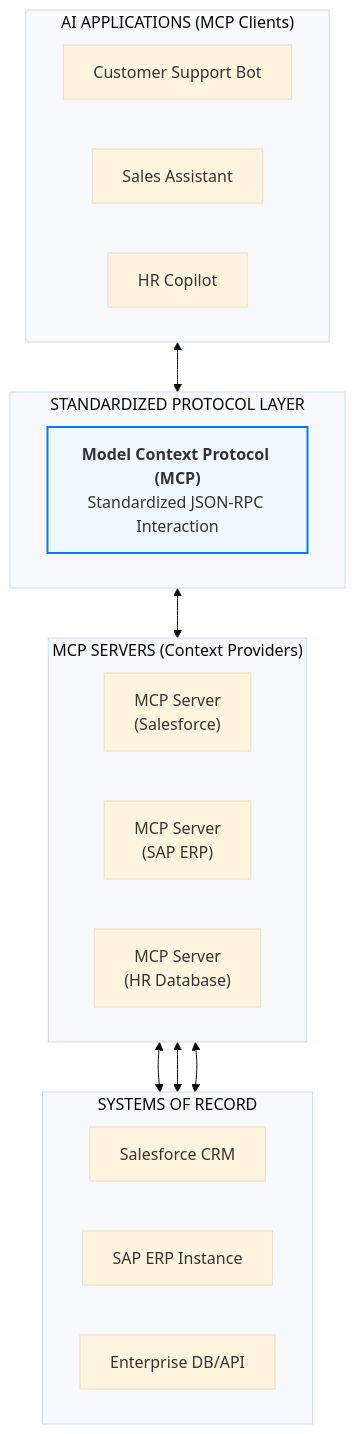
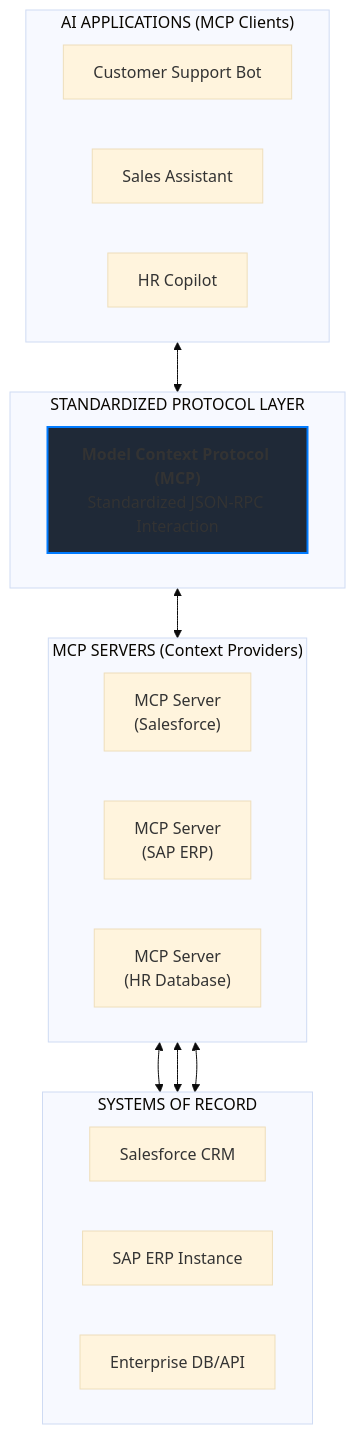
Before and after one commit to simoesthiago/genai_consulting_handbook: the diagram in 02_solution_components/2.3_mcp.md, drawn with Mermaid (base theme). The commit also changed 1 other file, not shown here.

Commit message:
style: Update diagram fill fill colors to dark mode shades in tool calling and MCP documentation.

````diff
--- a/02_solution_components/2.3_mcp.md
+++ b/02_solution_components/2.3_mcp.md
@@ -96,36 +96,36 @@
 ```mermaid
 flowchart TD
     subgraph Clients["AI APPLICATIONS (MCP Clients)"]
         direction LR
         App1["Customer Support Bot"]
         App2["Sales Assistant"]
         App3["HR Copilot"]
     end
 
     subgraph Protocol["STANDARDIZED PROTOCOL LAYER"]
         direction LR
         MCP["<b>Model Context Protocol (MCP)</b><br/>Standardized JSON-RPC Interaction"]
     end
 
     subgraph Servers["MCP SERVERS (Context Providers)"]
         direction LR
         Srv1["MCP Server<br/>(Salesforce)"]
         Srv2["MCP Server<br/>(SAP ERP)"]
         Srv3["MCP Server<br/>(HR Database)"]
     end
 
     subgraph Systems["SYSTEMS OF RECORD"]
         direction LR
         Sys1["Salesforce CRM"]
         Sys2["SAP ERP Instance"]
         Sys3["Enterprise DB/API"]
     end
 
     Clients <--> MCP
     MCP <--> Servers
     Srv1 <--> Sys1
     Srv2 <--> Sys2
     Srv3 <--> Sys3
 
-    style MCP fill:#f0f8ff,stroke:#007bff,stroke-width:2px
+    style MCP fill:#1f2937,stroke:#007bff,stroke-width:2px
 ```
````
